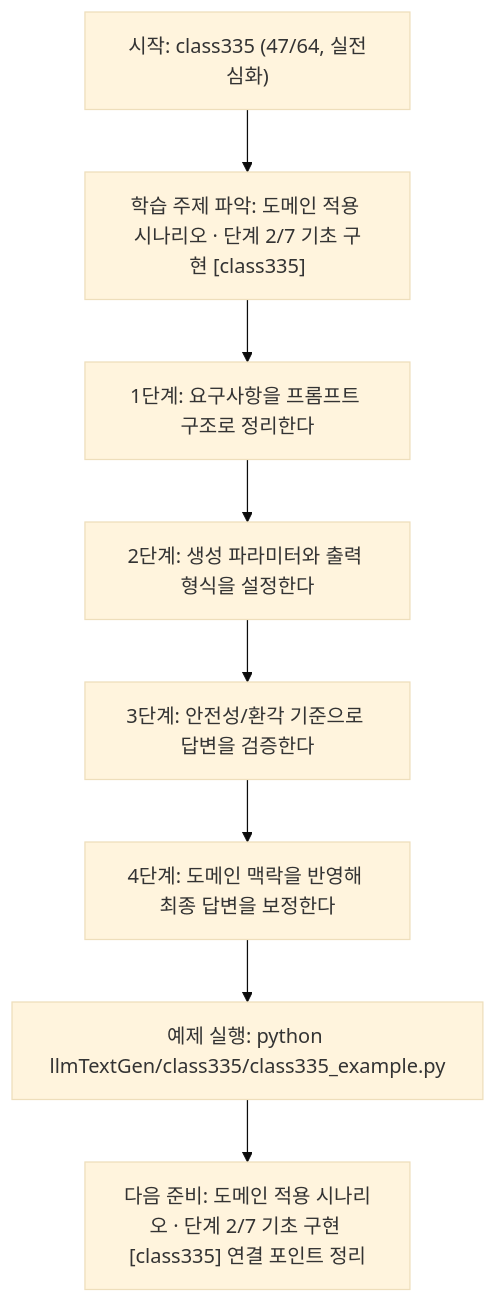
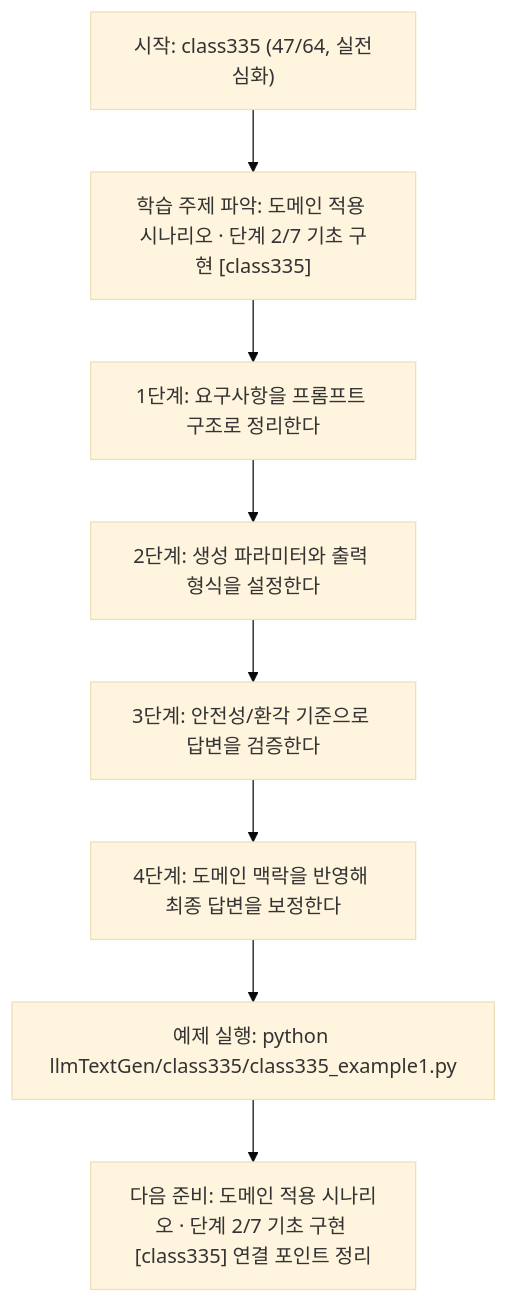
One commit to edumgt/Python-AI_Agent-Class changed the diagram in llmTextGen/class335/class335.md. Above: the diagram before and after it, drawn with Mermaid (base theme). The commit also changed other lines of this file and 2959 other files, not shown here.

````diff
--- a/llmTextGen/class335/class335.md
+++ b/llmTextGen/class335/class335.md
@@ -114,18 +114,18 @@
 ```mermaid
 flowchart TD
 N1["시작: class335 (47/64, 실전심화)"]
 N2["학습 주제 파악: 도메인 적용 시나리오 · 단계 2/7 기초 구현 [class335]"]
 N3["1단계: 요구사항을 프롬프트 구조로 정리한다"]
 N4["2단계: 생성 파라미터와 출력 형식을 설정한다"]
 N5["3단계: 안전성/환각 기준으로 답변을 검증한다"]
 N6["4단계: 도메인 맥락을 반영해 최종 답변을 보정한다"]
-N7["예제 실행: python llmTextGen/class335/class335_example.py"]
+N7["예제 실행: python llmTextGen/class335/class335_example1.py"]
 N8["다음 준비: 도메인 적용 시나리오 · 단계 2/7 기초 구현 [class335] 연결 포인트 정리"]
 N1 --> N2
 N2 --> N3
 N3 --> N4
 N4 --> N5
 N5 --> N6
 N6 --> N7
 N7 --> N8
 ```
````
